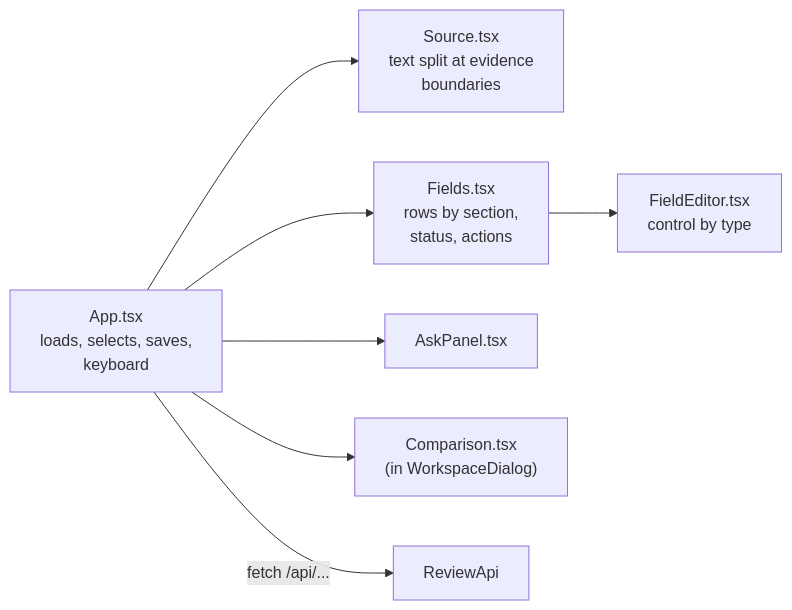
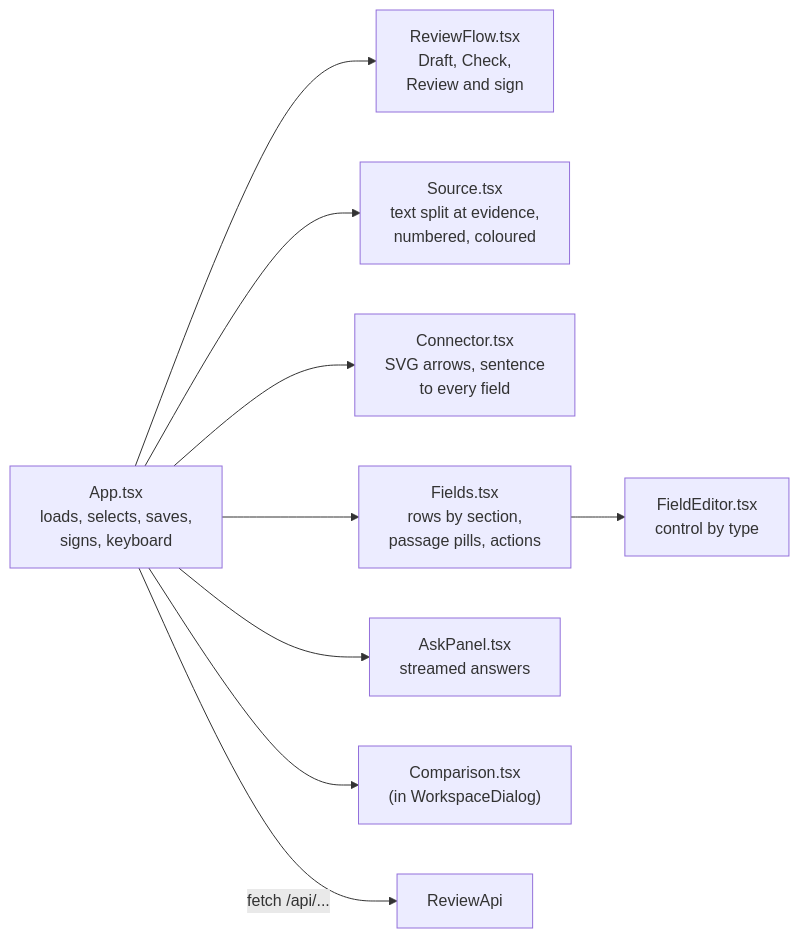
Before and after one commit to shubamchaudhary/CodeNITW: the fourth of 5 diagrams in src/Data/projectsDocs/TGX-01.md, drawn with Mermaid. The commit also changed other lines of this file and 11 other files, not shown here.

````diff
--- a/src/Data/projectsDocs/TGX-01.md
+++ b/src/Data/projectsDocs/TGX-01.md
@@ -684,9 +763,11 @@
 ```mermaid
 flowchart LR
-    App["App.tsx<br/>loads, selects, saves,<br/>keyboard"] --> Src["Source.tsx<br/>text split at evidence<br/>boundaries"]
-    App --> Fld["Fields.tsx<br/>rows by section,<br/>status, actions"]
+    App["App.tsx<br/>loads, selects, saves,<br/>signs, keyboard"] --> Flow["ReviewFlow.tsx<br/>Draft, Check,<br/>Review and sign"]
+    App --> Src["Source.tsx<br/>text split at evidence,<br/>numbered, coloured"]
+    App --> Con["Connector.tsx<br/>SVG arrows, sentence<br/>to every field"]
+    App --> Fld["Fields.tsx<br/>rows by section,<br/>passage pills, actions"]
     Fld --> Ed["FieldEditor.tsx<br/>control by type"]
-    App --> Ask["AskPanel.tsx"]
+    App --> Ask["AskPanel.tsx<br/>streamed answers"]
     App --> Cmp["Comparison.tsx<br/>(in WorkspaceDialog)"]
     App -->|"fetch /api/..."| API["ReviewApi"]
 ```
````
